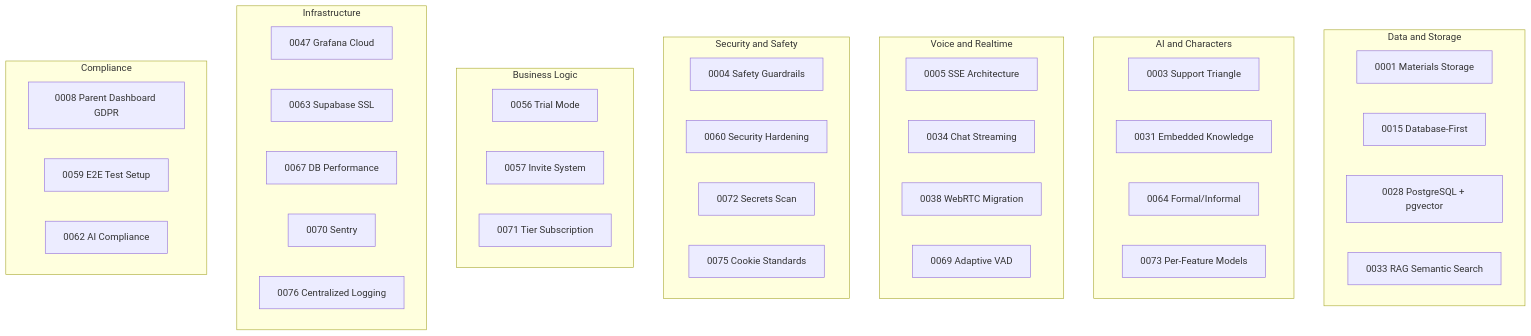
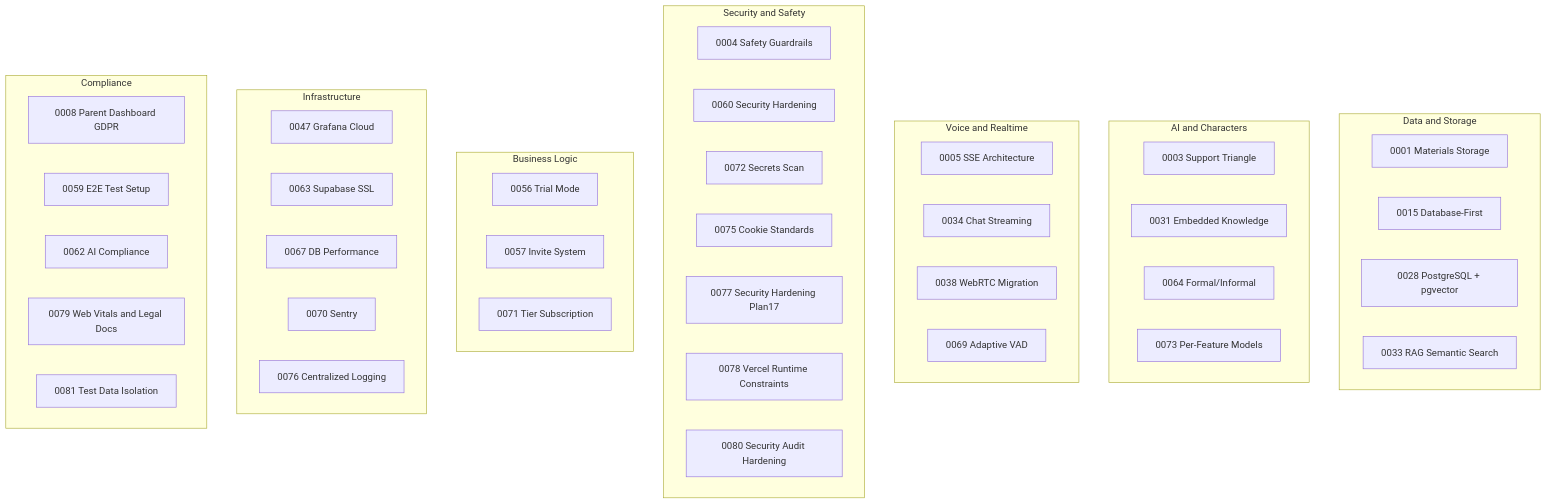
One commit to FightTheStroke/MirrorBuddy changed diagram 52 of 52 in ARCHITECTURE-DIAGRAMS.md. Above: the diagram before and after it, drawn with Mermaid. The commit also changed other lines of this file and 1 other file, not shown here.

````diff
--- a/ARCHITECTURE-DIAGRAMS.md
+++ b/ARCHITECTURE-DIAGRAMS.md
@@ -1911,50 +1993,55 @@
 ```mermaid
 graph TB
     subgraph Data_Storage["Data and Storage"]
         ADR0001[0001 Materials Storage]
         ADR0015[0015 Database-First]
         ADR0028[0028 PostgreSQL + pgvector]
         ADR0033[0033 RAG Semantic Search]
     end
 
     subgraph AI_Characters["AI and Characters"]
         ADR0003[0003 Support Triangle]
         ADR0031[0031 Embedded Knowledge]
         ADR0064[0064 Formal/Informal]
         ADR0073[0073 Per-Feature Models]
     end
 
     subgraph Voice_Realtime["Voice and Realtime"]
         ADR0005[0005 SSE Architecture]
         ADR0034[0034 Chat Streaming]
         ADR0038[0038 WebRTC Migration]
         ADR0069[0069 Adaptive VAD]
     end
 
     subgraph Security_Safety["Security and Safety"]
         ADR0004[0004 Safety Guardrails]
         ADR0060[0060 Security Hardening]
         ADR0072[0072 Secrets Scan]
         ADR0075[0075 Cookie Standards]
+        ADR0077[0077 Security Hardening Plan17]
+        ADR0078[0078 Vercel Runtime Constraints]
+        ADR0080[0080 Security Audit Hardening]
     end
 
     subgraph Business_Logic["Business Logic"]
         ADR0056[0056 Trial Mode]
         ADR0057[0057 Invite System]
         ADR0071[0071 Tier Subscription]
     end
 
     subgraph Infrastructure_ADRs["Infrastructure"]
         ADR0047[0047 Grafana Cloud]
         ADR0063[0063 Supabase SSL]
         ADR0067[0067 DB Performance]
         ADR0070[0070 Sentry]
         ADR0076[0076 Centralized Logging]
     end
 
     subgraph Compliance_ADRs["Compliance"]
         ADR0008[0008 Parent Dashboard GDPR]
         ADR0059[0059 E2E Test Setup]
         ADR0062[0062 AI Compliance]
+        ADR0079[0079 Web Vitals and Legal Docs]
+        ADR0081[0081 Test Data Isolation]
     end
 ```
````
